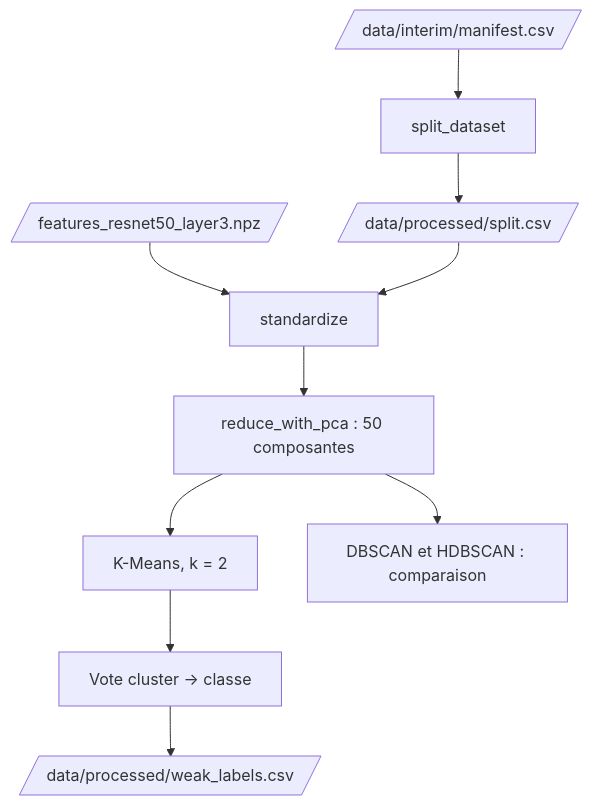
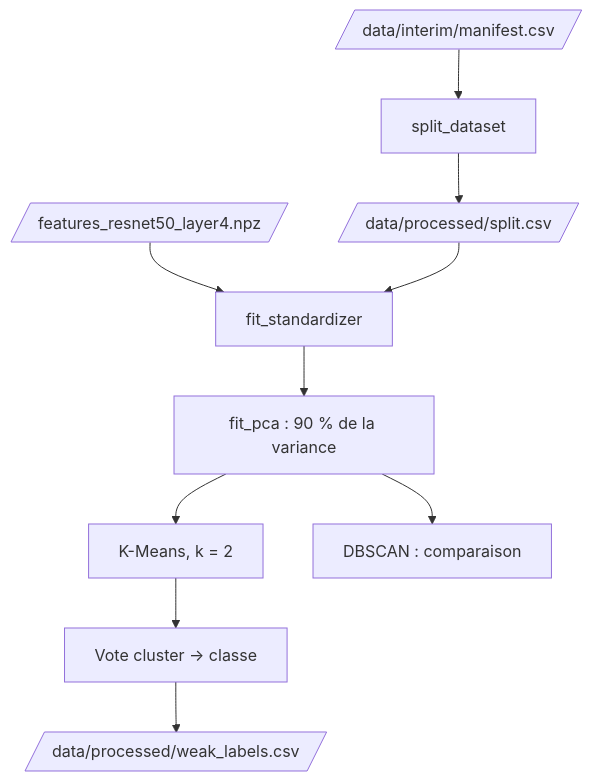
One commit to lefevrk/OC-Appliquez-des-approches-semi-supervisees changed the diagram in docs/docs/pipeline/analyse-non-supervisee.md. Above: the diagram before and after it, drawn with Mermaid. The commit also changed other lines of this file and 18 other files, not shown here.

````diff
--- a/docs/docs/pipeline/analyse-non-supervisee.md
+++ b/docs/docs/pipeline/analyse-non-supervisee.md
@@ -9,12 +11,12 @@
 ```mermaid
 flowchart TB
     MAN[/data/interim/manifest.csv/] --> SPLIT[split_dataset]
     SPLIT --> SPL[/data/processed/split.csv/]
-    FEAT[/features_resnet50_layer3.npz/] --> STD[standardize]
+    FEAT[/features_resnet50_layer4.npz/] --> STD[fit_standardizer]
     SPL --> STD
-    STD --> PCA[reduce_with_pca : 50 composantes]
+    STD --> PCA[fit_pca : 90 % de la variance]
     PCA --> KM[K-Means, k = 2]
-    PCA --> DENS[DBSCAN et HDBSCAN : comparaison]
+    PCA --> DENS[DBSCAN : comparaison]
     KM --> MAP[Vote cluster → classe]
     MAP --> WEAK[/data/processed/weak_labels.csv/]
 ```
````
